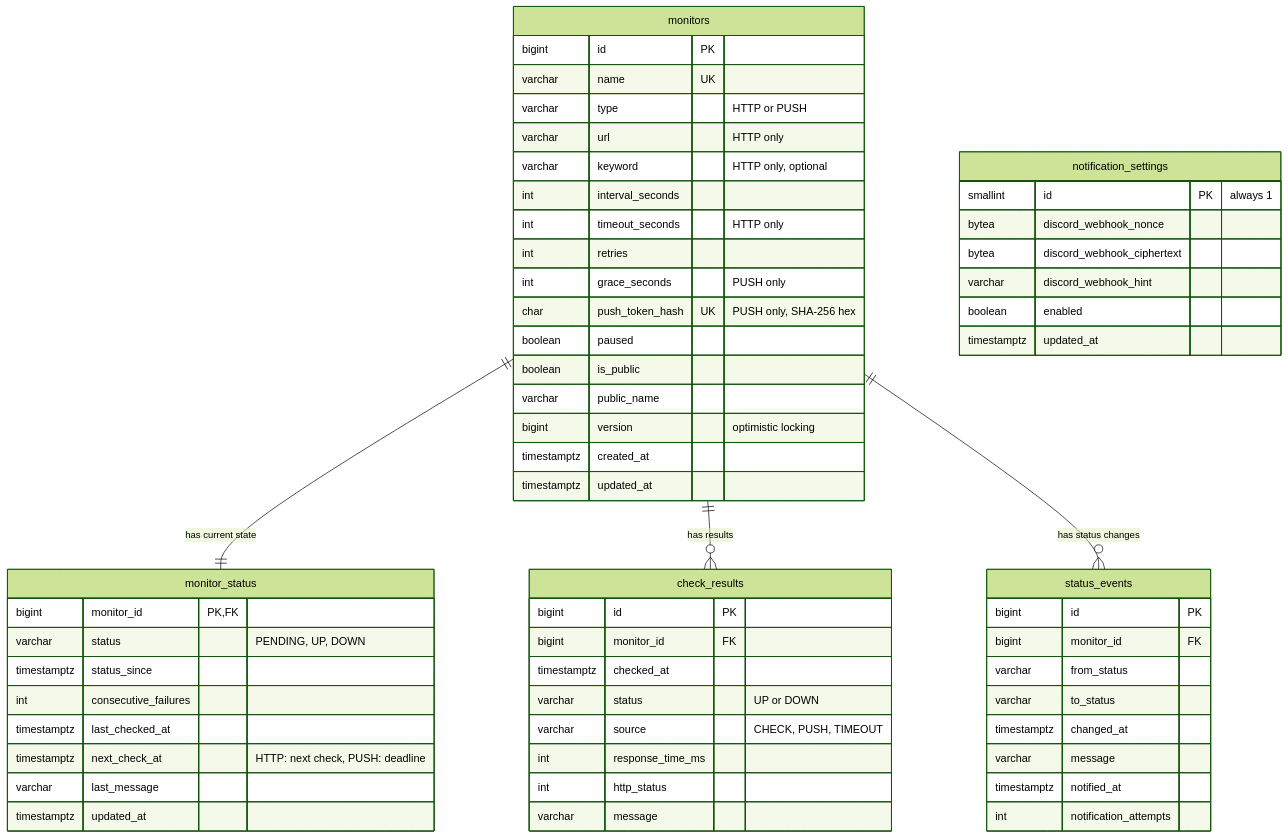
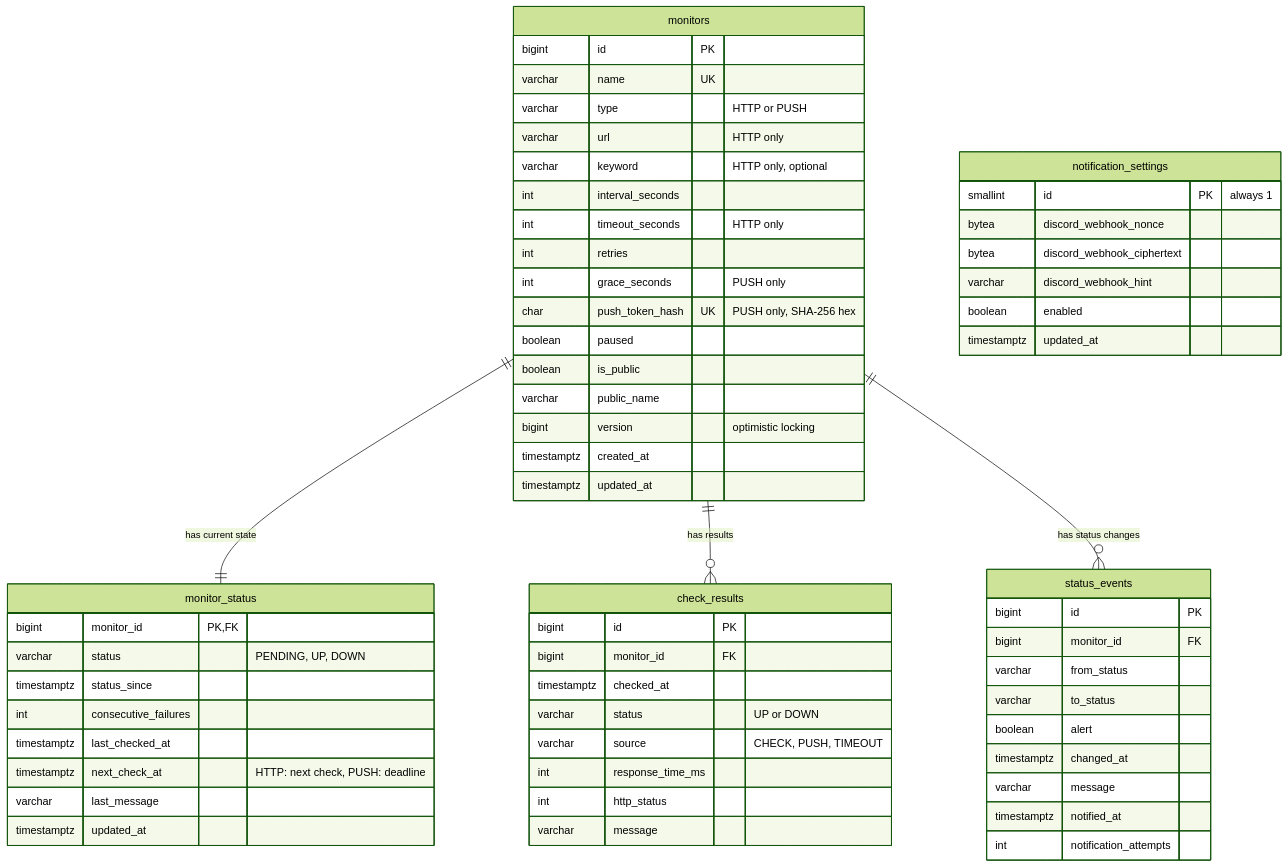
The sixth of 7 diagrams in docs/MONITOR_ARCHITECTURE.md (theoleuthardt/backlog-manager), drawn with Mermaid (forest theme) before and after one commit. The commit also changed other lines of this file, not shown here.

First line of the commit message:
docs: lock the status row, keep silent changes out of the alert retry (#506)

````diff
--- a/docs/MONITOR_ARCHITECTURE.md
+++ b/docs/MONITOR_ARCHITECTURE.md
@@ -297,67 +312,68 @@
 ```mermaid
 erDiagram
     monitors ||--|| monitor_status : "has current state"
     monitors ||--o{ check_results : "has results"
     monitors ||--o{ status_events : "has status changes"
 
     monitors {
         bigint id PK
         varchar name UK
         varchar type "HTTP or PUSH"
         varchar url "HTTP only"
         varchar keyword "HTTP only, optional"
         int interval_seconds
         int timeout_seconds "HTTP only"
         int retries
         int grace_seconds "PUSH only"
         char push_token_hash UK "PUSH only, SHA-256 hex"
         boolean paused
         boolean is_public
         varchar public_name
         bigint version "optimistic locking"
         timestamptz created_at
         timestamptz updated_at
     }
 
     monitor_status {
         bigint monitor_id PK,FK
         varchar status "PENDING, UP, DOWN"
         timestamptz status_since
         int consecutive_failures
         timestamptz last_checked_at
         timestamptz next_check_at "HTTP: next check, PUSH: deadline"
         varchar last_message
         timestamptz updated_at
     }
 
     check_results {
         bigint id PK
         bigint monitor_id FK
         timestamptz checked_at
         varchar status "UP or DOWN"
         varchar source "CHECK, PUSH, TIMEOUT"
         int response_time_ms
         int http_status
         varchar message
     }
 
     status_events {
         bigint id PK
         bigint monitor_id FK
         varchar from_status
         varchar to_status
+        boolean alert
         timestamptz changed_at
         varchar message
         timestamptz notified_at
         int notification_attempts
     }
 
     notification_settings {
         smallint id PK "always 1"
         bytea discord_webhook_nonce
         bytea discord_webhook_ciphertext
         varchar discord_webhook_hint
         boolean enabled
         timestamptz updated_at
     }
 ```
````
